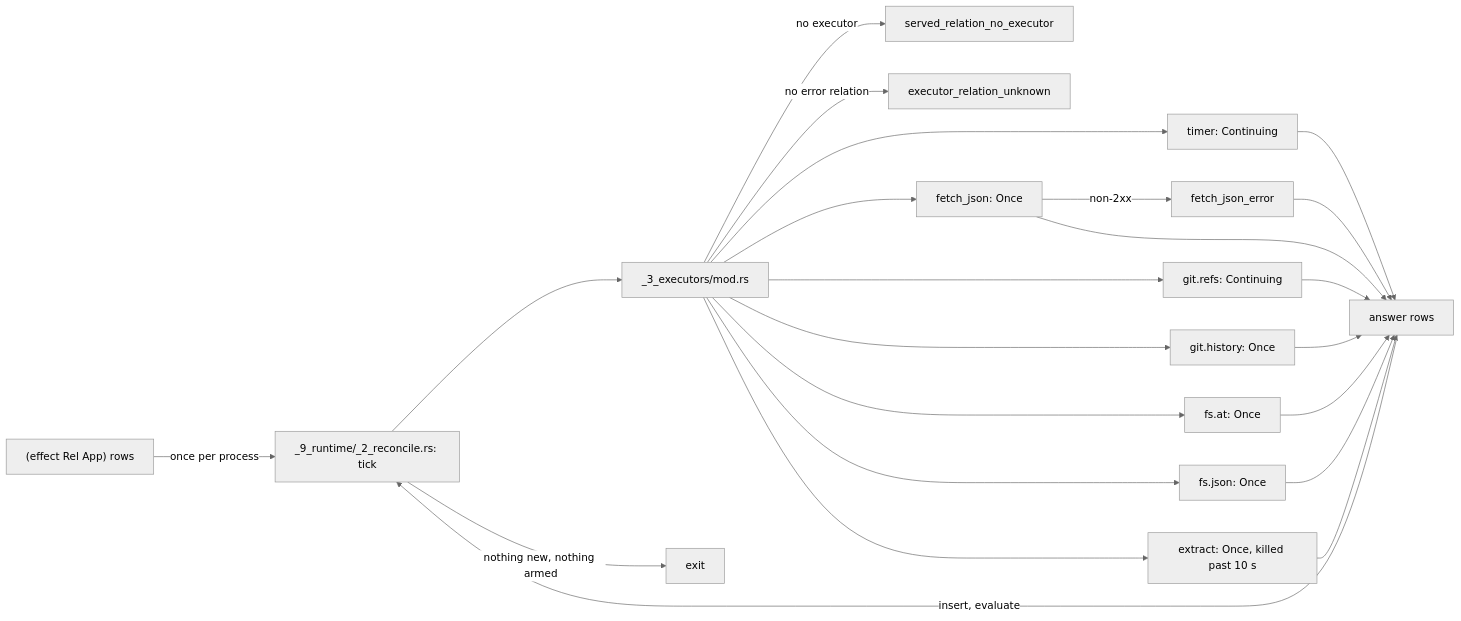
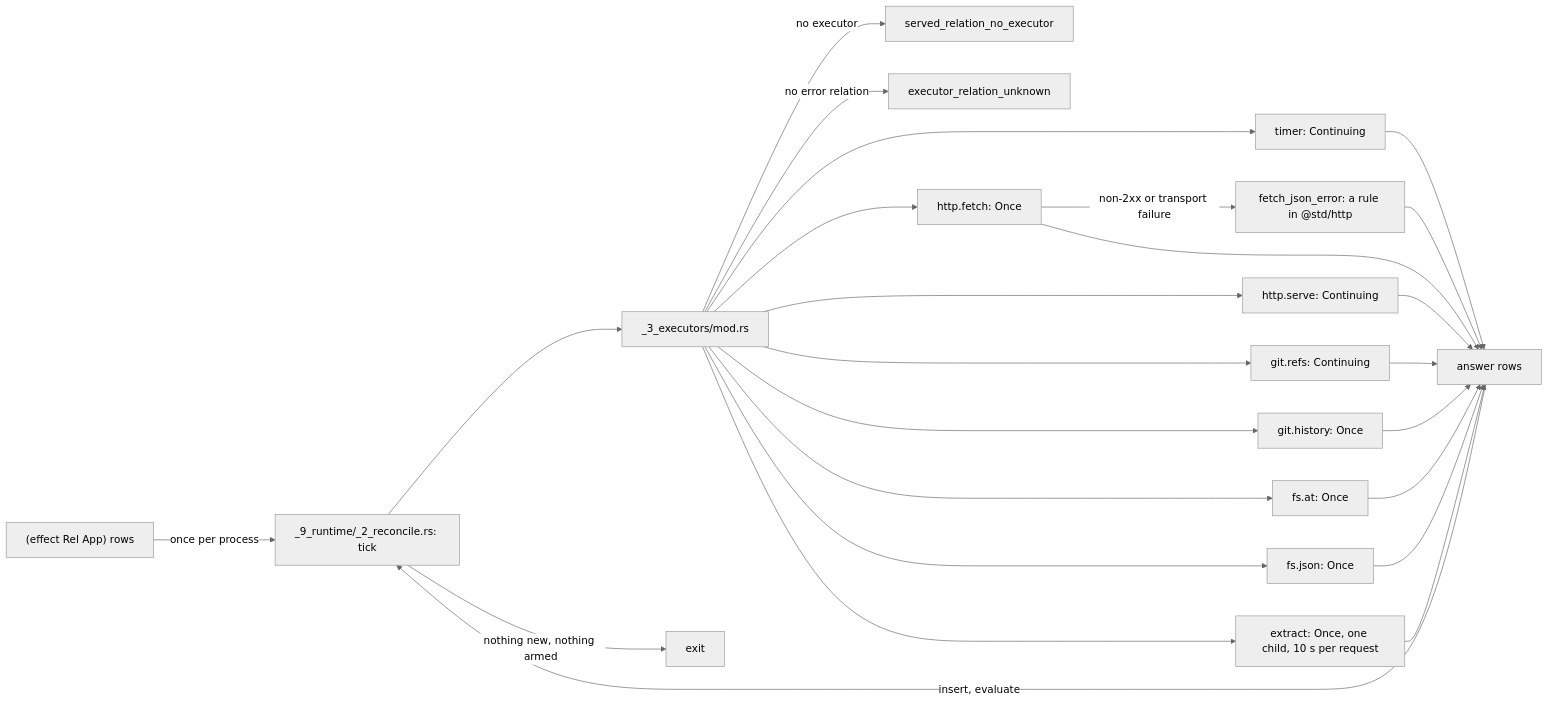
One commit to hafley66/sprefa changed the diagram in book/src/11_executors.md. Above: the diagram before and after it, drawn with Mermaid (neutral theme). The commit also changed other lines of this file and 3 other files, not shown here.

Commit message:
Book: call/poll, wake and settle, http.fetch and http.serve

````diff
--- a/book/src/11_executors.md
+++ b/book/src/11_executors.md
@@ -5,18 +5,19 @@
 ```mermaid
 flowchart LR
   effect["(effect Rel App) rows"] -->|once per process| reconcile[_9_runtime/_2_reconcile.rs: tick]
   reconcile --> roster[_3_executors/mod.rs]
   roster -->|no executor| noexec[served_relation_no_executor]
   roster -->|no error relation| noerror[executor_relation_unknown]
   roster --> timer[timer: Continuing]
-  roster --> fetch[fetch_json: Once]
+  roster --> fetch[http.fetch: Once]
+  roster --> serve[http.serve: Continuing]
   roster --> refs[git.refs: Continuing]
   roster --> history[git.history: Once]
   roster --> fsat[fs.at: Once]
   roster --> fsjson[fs.json: Once]
-  roster --> extract[extract: Once, killed past 10 s]
-  fetch -->|non-2xx| fetcherror[fetch_json_error]
-  timer & fetch & refs & history & fsat & fsjson & extract & fetcherror --> answers[answer rows]
+  roster --> extract[extract: Once, one child, 10 s per request]
+  fetch -->|non-2xx or transport failure| fetcherror[fetch_json_error: a rule in @std/http]
+  timer & fetch & serve & refs & history & fsat & fsjson & extract & fetcherror --> answers[answer rows]
   answers -->|insert, evaluate| reconcile
   reconcile -->|nothing new, nothing armed| stop[exit]
 ```
````
